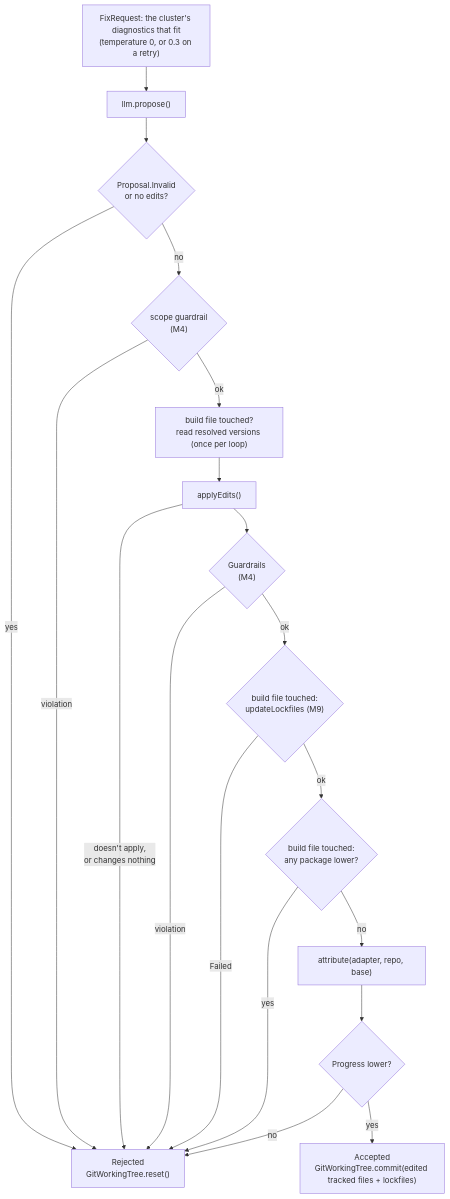
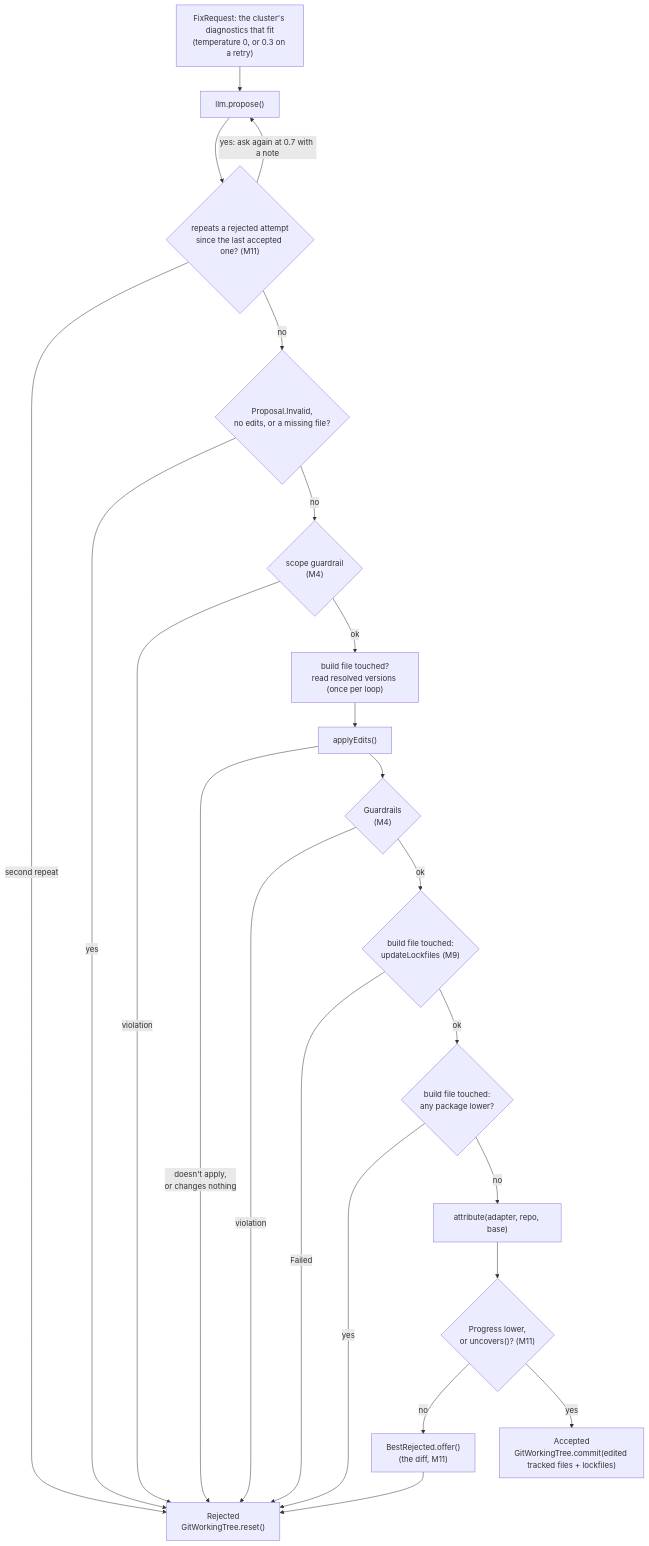
Before and after one commit to danvan86/lector-ai: the fourth of 4 diagrams in docs/architecture/fix-loop.md, drawn with Mermaid. The commit also changed other lines of this file and 70 other files, not shown here.

````diff
--- a/docs/architecture/fix-loop.md
+++ b/docs/architecture/fix-loop.md
@@ -113,21 +116,24 @@
 ```mermaid
 flowchart TB
     req["FixRequest: the cluster's diagnostics that fit<br/>(temperature 0, or 0.3 on a retry)"] --> propose["llm.propose()"]
-    propose --> invalid{"Proposal.Invalid<br/>or no edits?"}
+    propose --> repeat{"repeats a rejected attempt<br/>since the last accepted one? (M11)"}
+    repeat -- "yes: ask again at 0.7 with a note" --> propose
+    repeat -- "second repeat" --> rej
+    repeat -- no --> invalid{"Proposal.Invalid,<br/>no edits, or a missing file?"}
     invalid -- yes --> rej["Rejected<br/>GitWorkingTree.reset()"]
     invalid -- no --> scope{"scope guardrail<br/>(M4)"}
     scope -- violation --> rej
     scope -- ok --> before["build file touched?<br/>read resolved versions (once per loop)"]
     before --> apply["applyEdits()"]
     apply -- "doesn't apply,<br/>or changes nothing" --> rej
     apply --> guard{"Guardrails<br/>(M4)"}
     guard -- violation --> rej
     guard -- ok --> lock{"build file touched:<br/>updateLockfiles (M9)"}
     lock -- Failed --> rej
     lock -- ok --> down{"build file touched:<br/>any package lower?"}
     down -- yes --> rej
     down -- no --> verify["attribute(adapter, repo, base)"]
-    verify --> prog{"Progress lower?"}
-    prog -- no --> rej
+    verify --> prog{"Progress lower,<br/>or uncovers()? (M11)"}
+    prog -- no --> best["BestRejected.offer()<br/>(the diff, M11)"] --> rej
     prog -- yes --> acc["Accepted<br/>GitWorkingTree.commit(edited tracked files + lockfiles)"]
 ```
````
